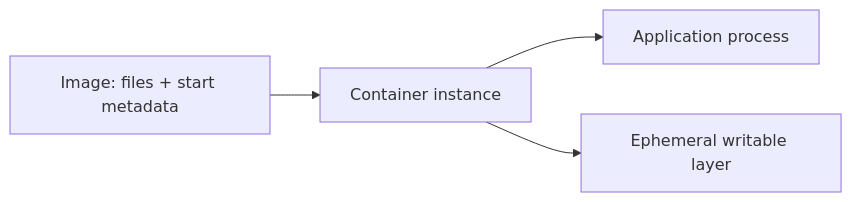
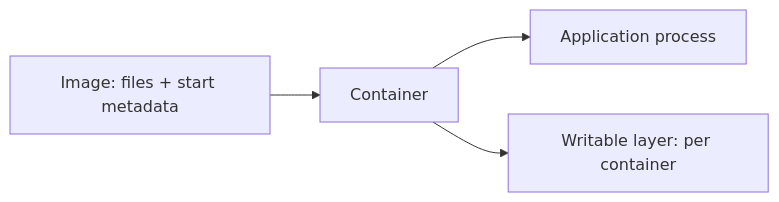
One commit to darshan-raul/apollo11-docs changed the diagram in docs/learn/containers/process-image-container.md. Above: the diagram before and after it, drawn with Mermaid. The commit also changed other lines of this file and 55 other files, not shown here.

````diff
--- a/docs/learn/containers/process-image-container.md
+++ b/docs/learn/containers/process-image-container.md
@@ -25,6 +24,6 @@
 ```mermaid
 flowchart LR
-  I[Image: files + start metadata] --> C[Container instance]
+  I[Image: files + start metadata] --> C[Container]
   C --> P[Application process]
-  C --> W[Ephemeral writable layer]
+  C --> W[Writable layer: per container]
 ```
````
